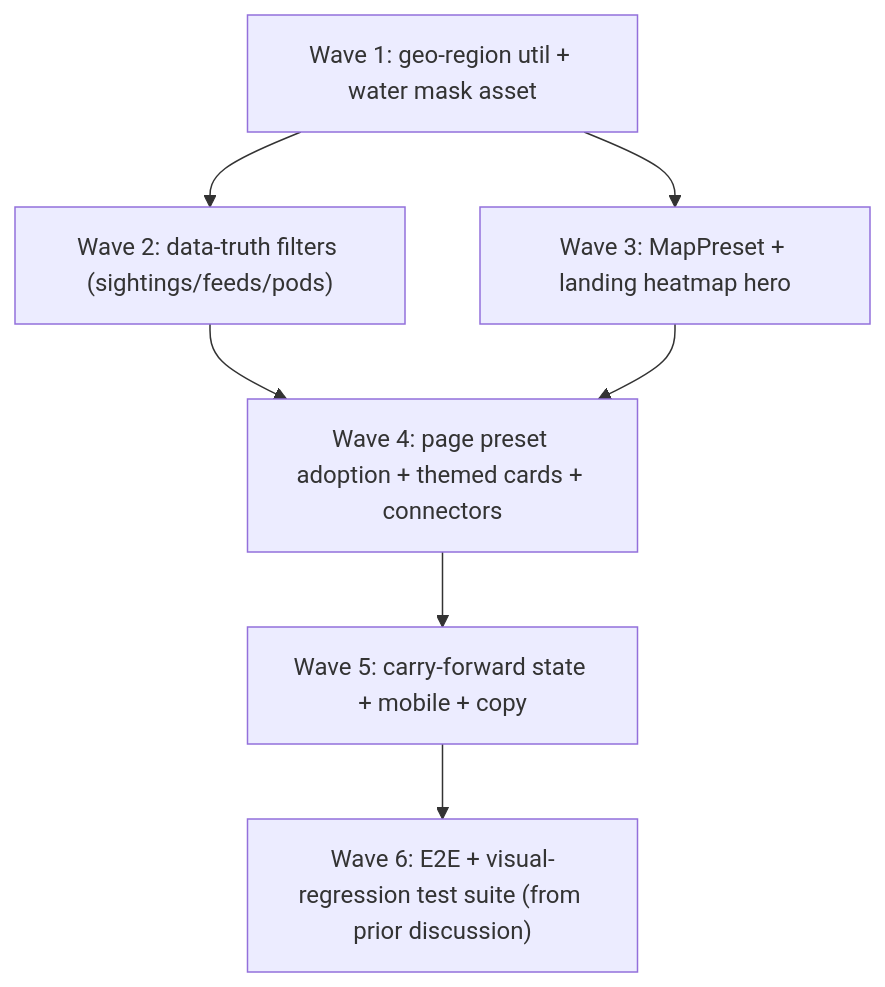
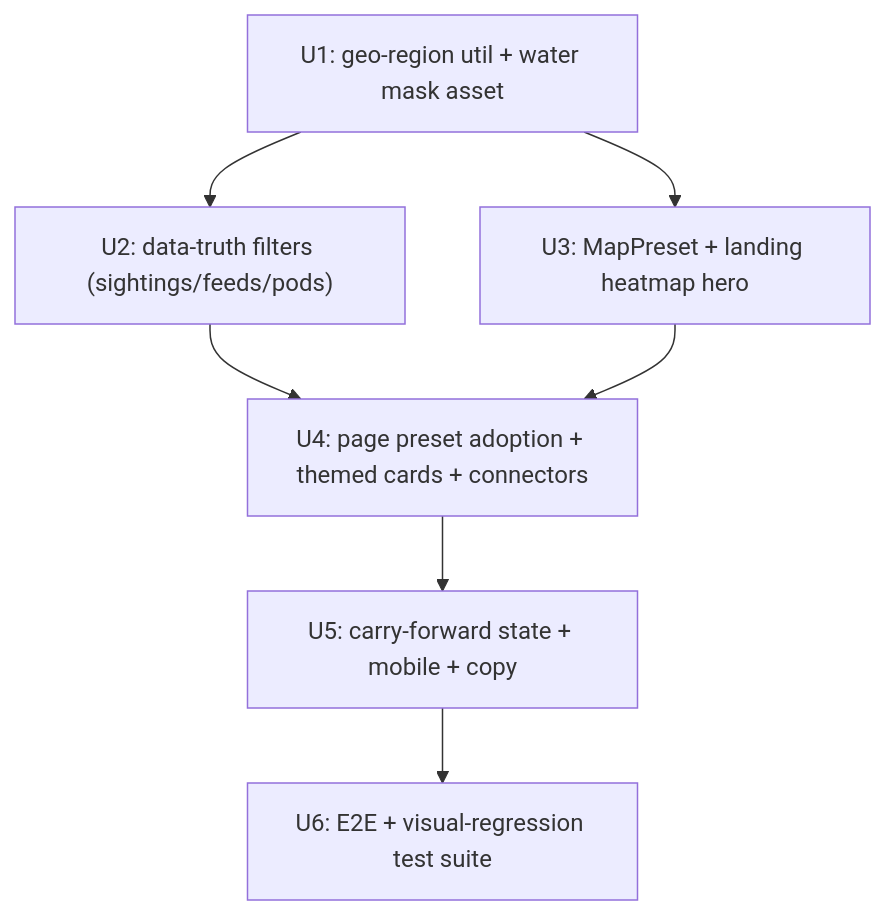
The diagram in docs/ux/IMPLEMENTATION_BACKLOG.md (GilRaitses/orcast), drawn with Mermaid before and after one commit. The commit also changed other lines of this file and 565 other files, not shown here.

````diff
--- a/docs/ux/IMPLEMENTATION_BACKLOG.md
+++ b/docs/ux/IMPLEMENTATION_BACKLOG.md
@@ -43,9 +45,9 @@
 ```mermaid
 flowchart TB
-  w1["Wave 1: geo-region util + water mask asset"] --> w2["Wave 2: data-truth filters (sightings/feeds/pods)"]
-  w1 --> w3["Wave 3: MapPreset + landing heatmap hero"]
-  w2 --> w4["Wave 4: page preset adoption + themed cards + connectors"]
-  w3 --> w4
-  w4 --> w5["Wave 5: carry-forward state + mobile + copy"]
-  w5 --> w6["Wave 6: E2E + visual-regression test suite (from prior discussion)"]
+  U1["U1: geo-region util + water mask asset"] --> U2["U2: data-truth filters (sightings/feeds/pods)"]
+  U1 --> U3["U3: MapPreset + landing heatmap hero"]
+  U2 --> U4["U4: page preset adoption + themed cards + connectors"]
+  U3 --> U4
+  U4 --> U5["U5: carry-forward state + mobile + copy"]
+  U5 --> U6["U6: E2E + visual-regression test suite"]
 ```
````
